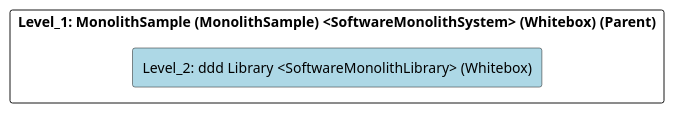
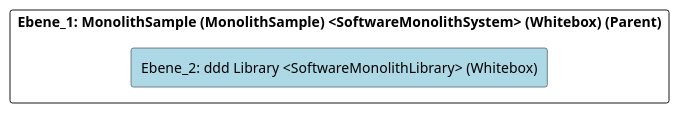
One commit to marcozwyssig/cleon changed the diagram in src/cleon.architecturemethods.arc42.sample/doc/cleon_architecturemethods_arc42_sample_software_monolith/adoc/en/05_building_block_view/monolithsample/ddd_library/level_2_ddd_library.adoc. Above: the diagram before and after it, drawn with PlantUML. The commit also changed other lines of this file and 214 other files, not shown here.

```diff
--- a/src/cleon.architecturemethods.arc42.sample/doc/cleon_architecturemethods_arc42_sample_software_monolith/adoc/en/05_building_block_view/monolithsample/ddd_library/level_2_ddd_library.adoc
+++ b/src/cleon.architecturemethods.arc42.sample/doc/cleon_architecturemethods_arc42_sample_software_monolith/adoc/en/05_building_block_view/monolithsample/ddd_library/level_2_ddd_library.adoc
@@ -20,24 +20,24 @@
-[plantuml, Level_2: ddd Library <SoftwareMonolithLibrary> (Whitebox)BlockOverview, format="svg"]
+[plantuml, Ebene_2: ddd Library <SoftwareMonolithLibrary> (Whitebox)BlockOverview, format="svg"]
 ----
-@startuml Level_2: ddd Library <SoftwareMonolithLibrary> (Whitebox)BuildingBlockOverview
+@startuml Ebene_2: ddd Library <SoftwareMonolithLibrary> (Whitebox)BuildingBlockOverview
 
 skinparam ranksep 10
 skinparam componentStyle rectangle
 skinparam shadowing false
 skinparam arrowColor lightblue
 skinparam arrowThickness 1.2
 skinparam rectangle {
   BackgroundColor White
   BorderColor #333
   RoundCorner 10
 }
 top to bottom direction
 
-component "Level_1: MonolithSample (MonolithSample) <SoftwareMonolithSystem> (Whitebox) (Parent)" {
-    component "Level_2: ddd Library <SoftwareMonolithLibrary> (Whitebox)" #lightblue {
+component "Ebene_1: MonolithSample (MonolithSample) <SoftwareMonolithSystem> (Whitebox) (Parent)" {
+    component "Ebene_2: ddd Library <SoftwareMonolithLibrary> (Whitebox)" #lightblue {
     }
 
 }
 
 @enduml
 ----
```
